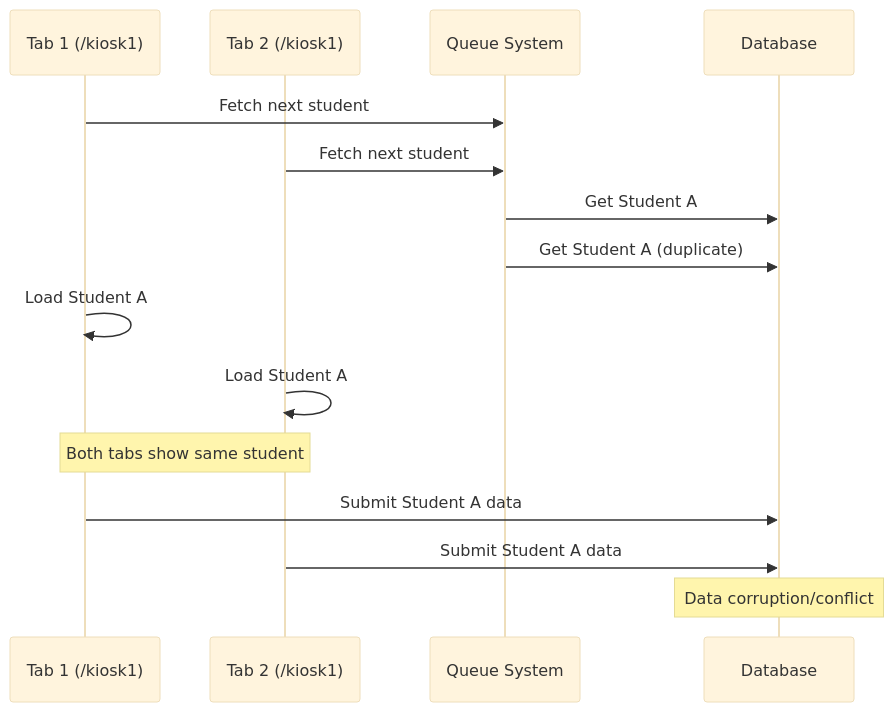
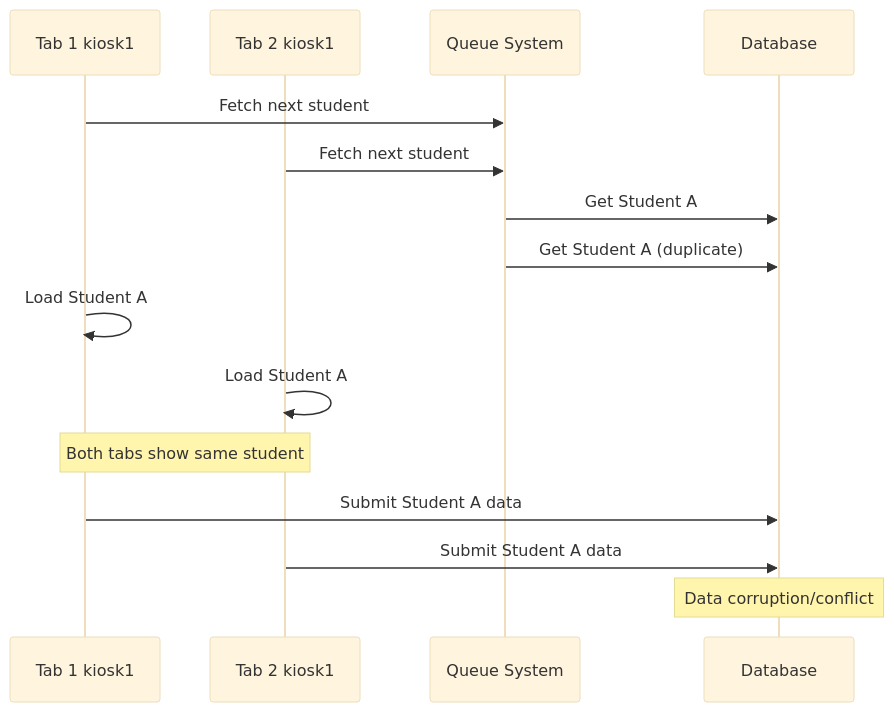
The second of 5 diagrams in Docs/Flowcharts/Current-State/02-current-kiosk-logic.md (Splurfa/bx-os), drawn with Mermaid (base theme) before and after one commit. The commit also changed other lines of this file and 9 other files, not shown here.

First line of the commit message:
Fix Mermaid syntax errors

````diff
--- a/Docs/Flowcharts/Current-State/02-current-kiosk-logic.md
+++ b/Docs/Flowcharts/Current-State/02-current-kiosk-logic.md
@@ -34,18 +34,18 @@
 ```mermaid
 sequenceDiagram
-    participant T1 as Tab 1 (/kiosk1)
-    participant T2 as Tab 2 (/kiosk1)
+    participant T1 as Tab 1 kiosk1
+    participant T2 as Tab 2 kiosk1
     participant Q as Queue System
     participant DB as Database
 
     T1->>Q: Fetch next student
     T2->>Q: Fetch next student
     Q->>DB: Get Student A
     Q->>DB: Get Student A (duplicate)
     T1->>T1: Load Student A
     T2->>T2: Load Student A
     Note over T1,T2: Both tabs show same student
     T1->>DB: Submit Student A data
     T2->>DB: Submit Student A data
     Note over DB: Data corruption/conflict
 ```
````
